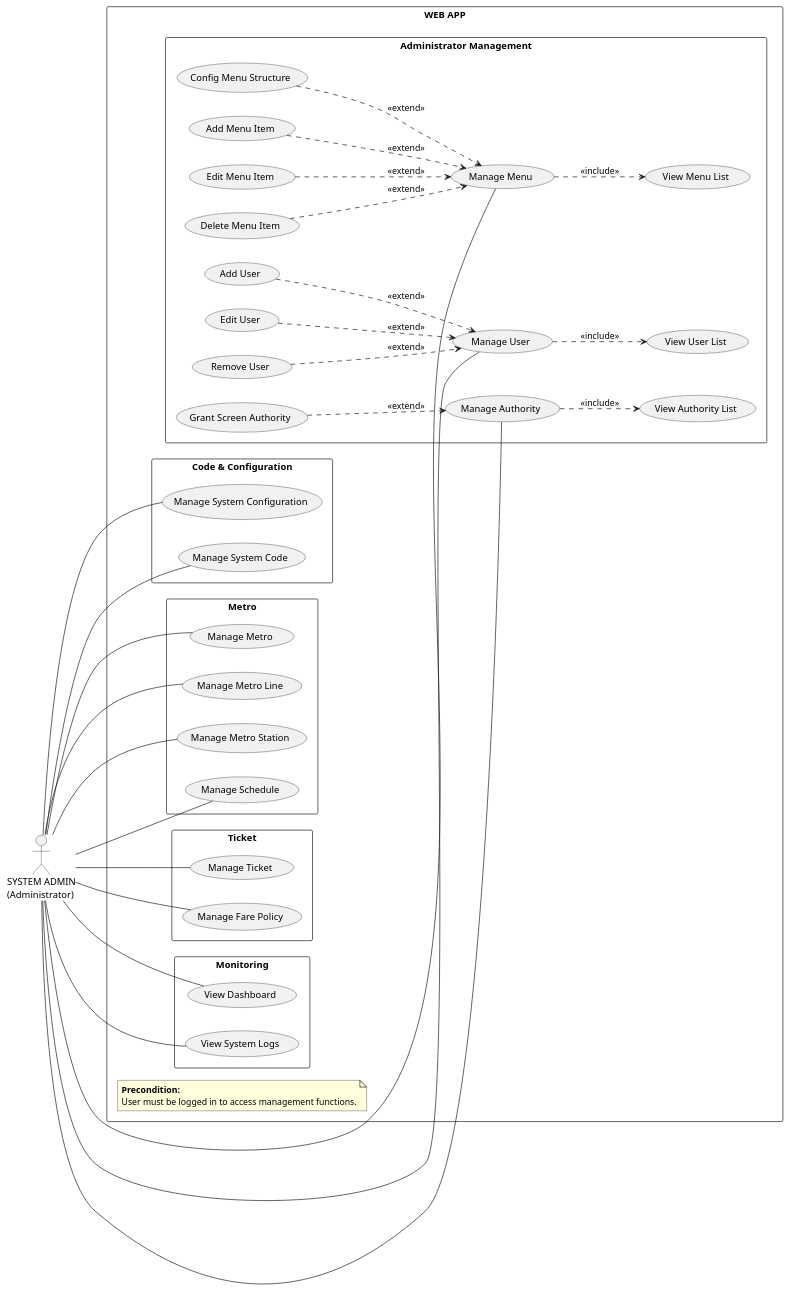
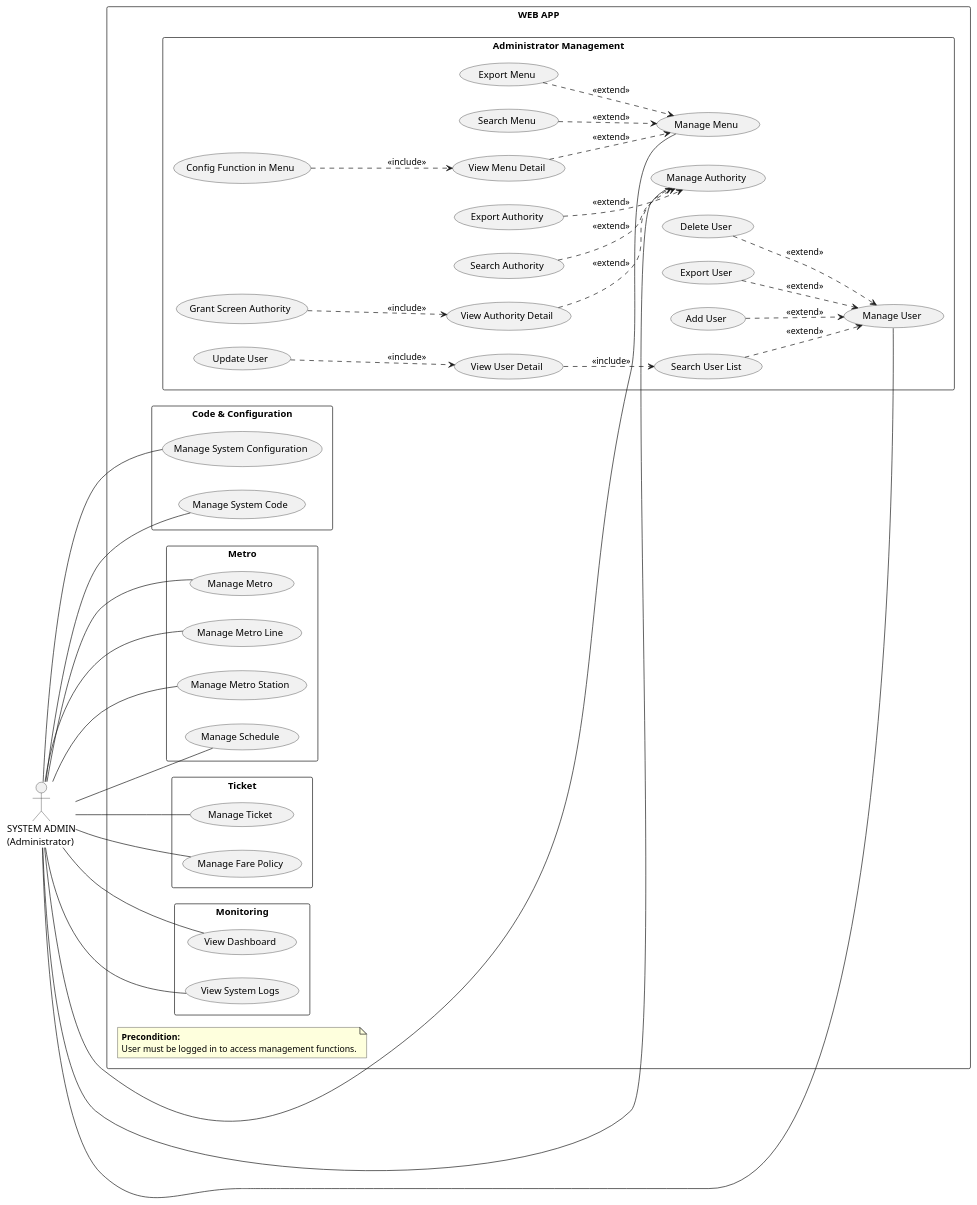
Before and after one commit to HangthuyNgth/Information_System_Analysis_and_Design-IS201: the diagram in assets/UML/Use Case Diagram/UC_System Admin.pu, drawn with PlantUML. The commit also changed 1 other file, not shown here.

```diff
--- a/assets/UML/Use Case Diagram/UC_System Admin.pu
+++ b/assets/UML/Use Case Diagram/UC_System Admin.pu
@@ -1,93 +1,107 @@
 @startuml
 left to right direction
 skinparam packageStyle rectangle
 
 ''''''''''''''''''LIST OF ACTORS''''''''''''''''''
 actor "SYSTEM ADMIN\n(Administrator)" as Admin
 
 ''''''''''''''''''''''USE CASE''''''''''''''''''
 package "WEB APP" {
 
     note "<b>Precondition:</b>\nUser must be logged in to access management functions." as N_Precondition
 
-package "Administrator Management" {
-    ' --- MANAGE MENU ---
-    usecase "Manage Menu" as UC_ManageMenu
-    usecase "View Menu List" as UC_ViewMenu
-    usecase "Add Menu Item" as UC_AddMenu
-    usecase "Edit Menu Item" as UC_EditMenu
-    usecase "Delete Menu Item" as UC_DeleteMenu
-    usecase "Config Menu Structure" as UC_AssignMenu
+    package "Administrator Management" {
+        ' --- MANAGE MENU ---
+        usecase "Manage Menu" as UC_ManageMenu
 
-    ' --- MANAGE AUTHORITY ---
-    usecase "Manage Authority" as UC_ManageAuth
-    usecase "View Authority List" as UC_ViewAuth
-    usecase "Grant Screen Authority" as UC_AddAuth
+        usecase "Search Menu" as UC_MenuSearch
+        usecase "View Menu Detail" as UC_MenuViewDetail
+        usecase "Config Function in Menu" as UC_MenuConfig
+        usecase "Export Menu" as UC_MenuExport
+        ' --- MANAGE AUTHORITY ---
+        usecase "Manage Authority" as UC_ManageAuth
 
-    ' --- MANAGE USER ---
-    usecase "Manage User" as UC_ManageUser
-    usecase "View User List" as UC_ViewUser
-    usecase "Add User" as UC_AddUser
-    usecase "Edit User" as UC_EditUser
-    usecase "Remove User" as UC_RemoveUser
-}
+        usecase "Search Authority" as UC_AuthSearch
+        usecase "View Authority Detail" as UC_AuthViewDetail
+        usecase "Grant Screen Authority" as UC_AuthAdd
+        usecase "Export Authority" as UC_AuthExport
+        ' --- MANAGE USER ---
+        usecase "Manage User" as UC_ManageUser
+
+        usecase "Search User List" as UC_UserSearch
+        usecase "View User Detail" as UC_UserViewDetail
+        usecase "Add User" as UC_UserAdd
+        usecase "Update User" as UC_UserUpdate
+        usecase "Delete User" as UC_UserDelete
+        usecase "Export User" as UC_UserExport
+
+    }
 
 
     package "Code & Configuration" {
         usecase "Manage System Configuration" as UC_ManageConfig
         usecase "Manage System Code" as UC_ManageCode
     }
 
     package "Metro" {
         usecase "Manage Metro" as UC_ManageMetro
         usecase "Manage Metro Line" as UC_ManageMetroLine
         usecase "Manage Metro Station" as UC_ManageMetroStation
         usecase "Manage Schedule" as UC_ManageSchedule
     }
 
     package "Ticket" {
         usecase "Manage Ticket" as UC_ManageTicket
         usecase "Manage Fare Policy" as UC_ManageFare
     }
 
     package "Monitoring" {
         usecase "View Dashboard" as UC_Dashboard
         usecase "View System Logs" as UC_Logs
     }
 
 }
 ''''''''''''''''''''''LINKS''''''''''''''''''''''
 '' ADMIN ASSOCIATIONS
 Admin -- UC_ManageMenu
 Admin -- UC_ManageAuth
 Admin -- UC_ManageUser
 Admin -- UC_ManageConfig
 Admin -- UC_ManageCode
 Admin -- UC_ManageMetro
 Admin -- UC_ManageMetroLine
 Admin -- UC_ManageMetroStation
 Admin -- UC_ManageSchedule
 Admin -- UC_ManageTicket
 Admin -- UC_ManageFare
 Admin -- UC_Dashboard
 Admin -- UC_Logs
+
+
+
 ' --- MENU RELATIONSHIPS ---
-' Bắt buộc xem danh sách khi vào quản lý
-UC_ManageMenu ..> UC_ViewMenu : <<include>>
-' Các chức năng Thêm/Sửa/Xóa/Config là tùy chọn (Extend)
-UC_AddMenu ..> UC_ManageMenu : <<extend>>
-UC_EditMenu ..> UC_ManageMenu : <<extend>>
-UC_DeleteMenu ..> UC_ManageMenu : <<extend>>
-UC_AssignMenu ..> UC_ManageMenu : <<extend>>
+UC_MenuSearch ..> UC_ManageMenu : <<extend>>
+UC_MenuExport ..> UC_ManageMenu : <<extend>>
+UC_MenuViewDetail ..> UC_ManageMenu : <<extend>>
 
-' --- AUTHORITY RELATIONSHIPS ---
-UC_ManageAuth ..> UC_ViewAuth : <<include>>
-UC_AddAuth ..> UC_ManageAuth : <<extend>>
+UC_MenuConfig ..> UC_MenuViewDetail : <<include>>
 
-' --- USER RELATIONSHIPS ---
-UC_ManageUser ..> UC_ViewUser : <<include>>
-UC_AddUser ..> UC_ManageUser : <<extend>>
-UC_EditUser ..> UC_ManageUser : <<extend>>
-UC_RemoveUser ..> UC_ManageUser : <<extend>>
+'--- AUTHORITY RELATIONSHIPS ---
+UC_AuthSearch ..> UC_ManageAuth : <<extend>>
+UC_AuthExport ..> UC_ManageAuth : <<extend>>
+UC_AuthViewDetail ..> UC_ManageAuth : <<extend>>
+
+UC_AuthAdd ..> UC_AuthViewDetail : <<include>>
+
+'--- USER RELATIONSHIPS ---
+UC_UserSearch ..> UC_ManageUser : <<extend>>
+UC_UserAdd ..> UC_ManageUser : <<extend>>
+UC_UserExport ..> UC_ManageUser : <<extend>>
+UC_UserDelete ..> UC_ManageUser : <<extend>>
+
+UC_UserViewDetail ..> UC_UserSearch : <<include>>
+UC_UserUpdate ..> UC_UserViewDetail : <<include>>
+
+
 
 @enduml
```
